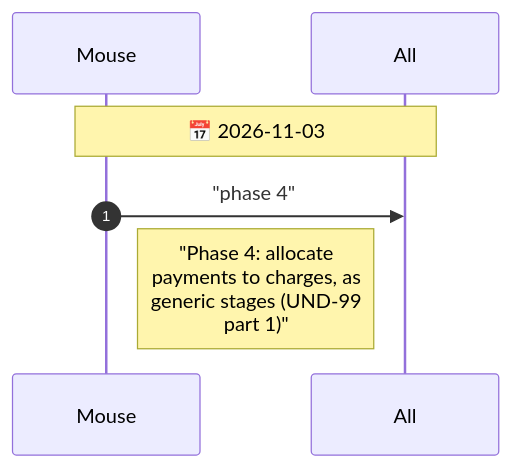
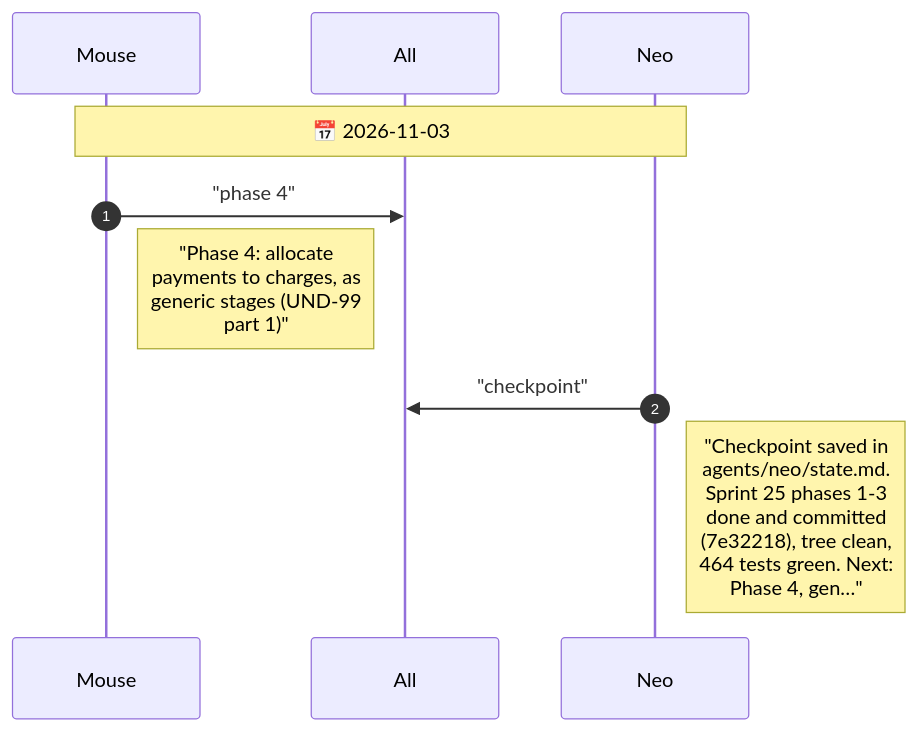
Diagram 20 of 20 in agents/CHAT.diagram.md (drusifer/understudy), drawn with Mermaid before and after one commit. The commit also changed other lines of this file and 2 other files, not shown here.

Commit message:
Neo checkpoint: Sprint 25 phases 1-3 done, Phase 4 next

````diff
--- a/agents/CHAT.diagram.md
+++ b/agents/CHAT.diagram.md
@@ -866,10 +866,13 @@
 ```mermaid
 %%{init: {"sequence": {"messageFontSize": 14, "noteFontSize": 18, "actorFontSize": 14}}}%%
 sequenceDiagram
     autonumber
     participant Mouse
     participant All
-    Note over Mouse,All: 📅 2026-11-03
+    participant Neo
+    Note over Mouse,Neo: 📅 2026-11-03
     Mouse->>All: "phase 4"
     Note right of Mouse: "Phase 4: allocate<br/>payments to charges, as<br/>generic stages (UND-99<br/>part 1)"
+    Neo->>All: "checkpoint"
+    Note right of Neo: "Checkpoint saved in<br/>agents/neo/state.md.<br/>Sprint 25 phases 1-3<br/>done and committed<br/>(7e32218), tree clean,<br/>464 tests green. Next:<br/>Phase 4, gen…"
 ```
````
